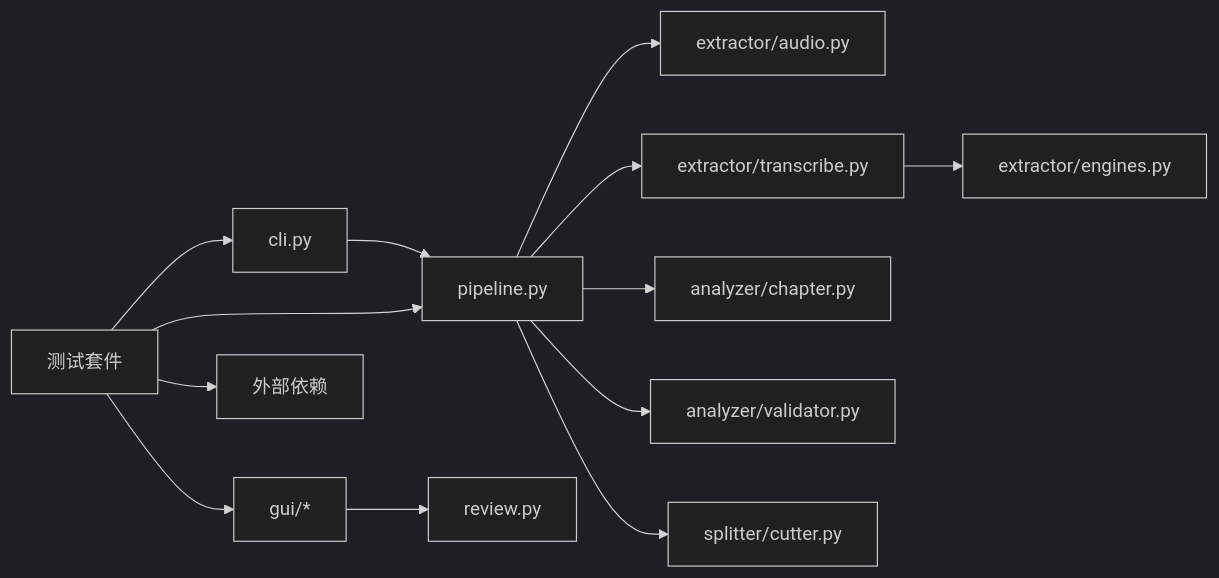
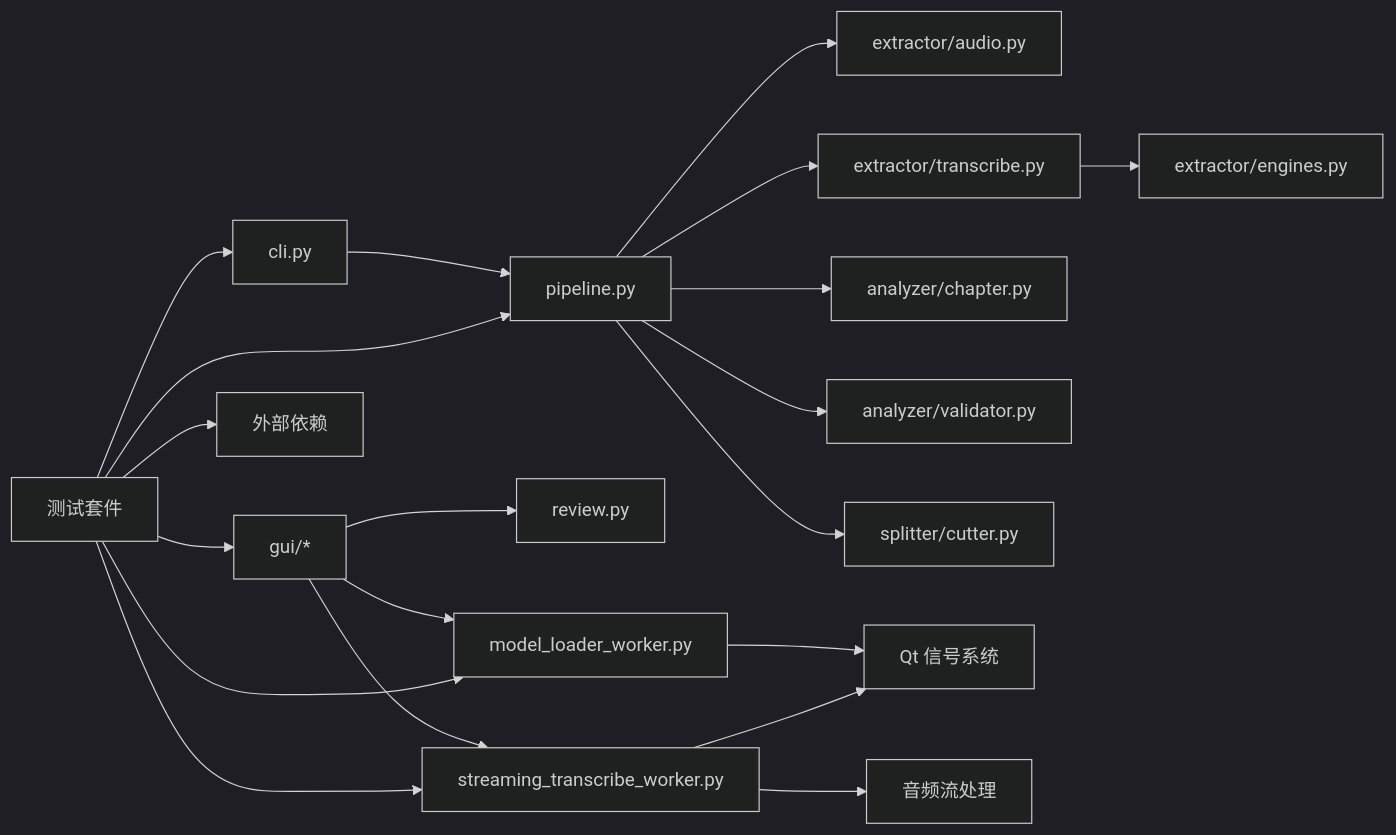
Diagram 12 of 12 in .qoder/repowiki/zh/content/测试与质量保证/集成测试.md (boyingliu01/VideoSplitter), drawn with Mermaid (dark theme) before and after one commit. The commit also changed other lines of this file and 147 other files, not shown here.

````diff
--- a/.qoder/repowiki/zh/content/测试与质量保证/集成测试.md
+++ b/.qoder/repowiki/zh/content/测试与质量保证/集成测试.md
@@ -477,15 +662,22 @@
 ```mermaid
 graph LR
 CLI["cli.py"] --> PIPE["pipeline.py"]
 PIPE --> AUDIO["extractor/audio.py"]
 PIPE --> TR["extractor/transcribe.py"]
 TR --> ENG["extractor/engines.py"]
 PIPE --> CHAP["analyzer/chapter.py"]
 PIPE --> VAL["analyzer/validator.py"]
 PIPE --> CUT["splitter/cutter.py"]
 GUI["gui/*"] --> REV["review.py"]
+GUI --> MLW["model_loader_worker.py"]
+GUI --> STW["streaming_transcribe_worker.py"]
+MLW --> QT["Qt 信号系统"]
+STW --> QT
+STW --> AUDIO_PROC["音频流处理"]
 TESTS["测试套件"] --> CLI
 TESTS --> PIPE
 TESTS --> GUI
+TESTS --> MLW
+TESTS --> STW
 TESTS --> EXT_DEPS["外部依赖"]
 ```
````
